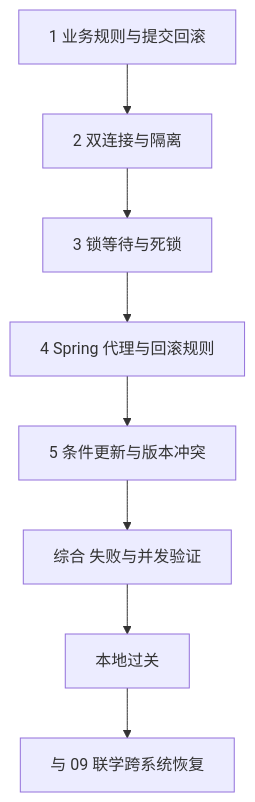
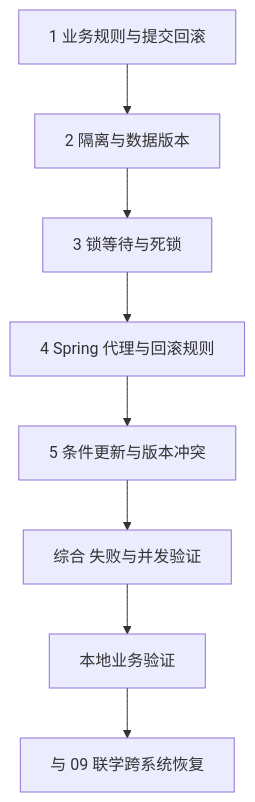
Before and after one commit to Mr-giraff/backend-roadmap: the diagram in docs/06-事务与数据一致性/README/index.md, drawn with Mermaid. The commit also changed other lines of this file and 40 other files, not shown here.

````diff
--- a/docs/06-事务与数据一致性/README/index.md
+++ b/docs/06-事务与数据一致性/README/index.md
@@ -32,10 +32,10 @@
 ```mermaid
 flowchart TD
-    A["1 业务规则与提交回滚"] --> B["2 双连接与隔离"]
+    A["1 业务规则与提交回滚"] --> B["2 隔离与数据版本"]
     B --> C["3 锁等待与死锁"]
     C --> D["4 Spring 代理与回滚规则"]
     D --> E["5 条件更新与版本冲突"]
     E --> F["综合 失败与并发验证"]
-    F --> G["本地过关"]
+    F --> G["本地业务验证"]
     G --> H["与 09 联学跨系统恢复"]
 ```
````
